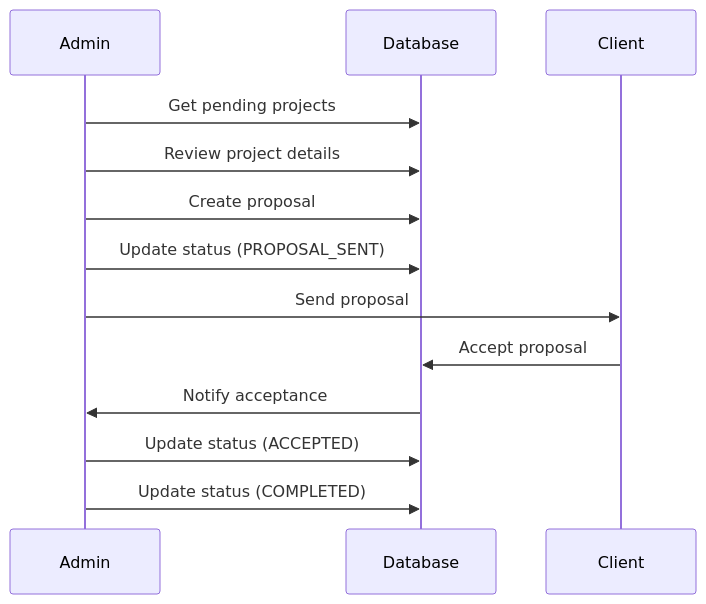
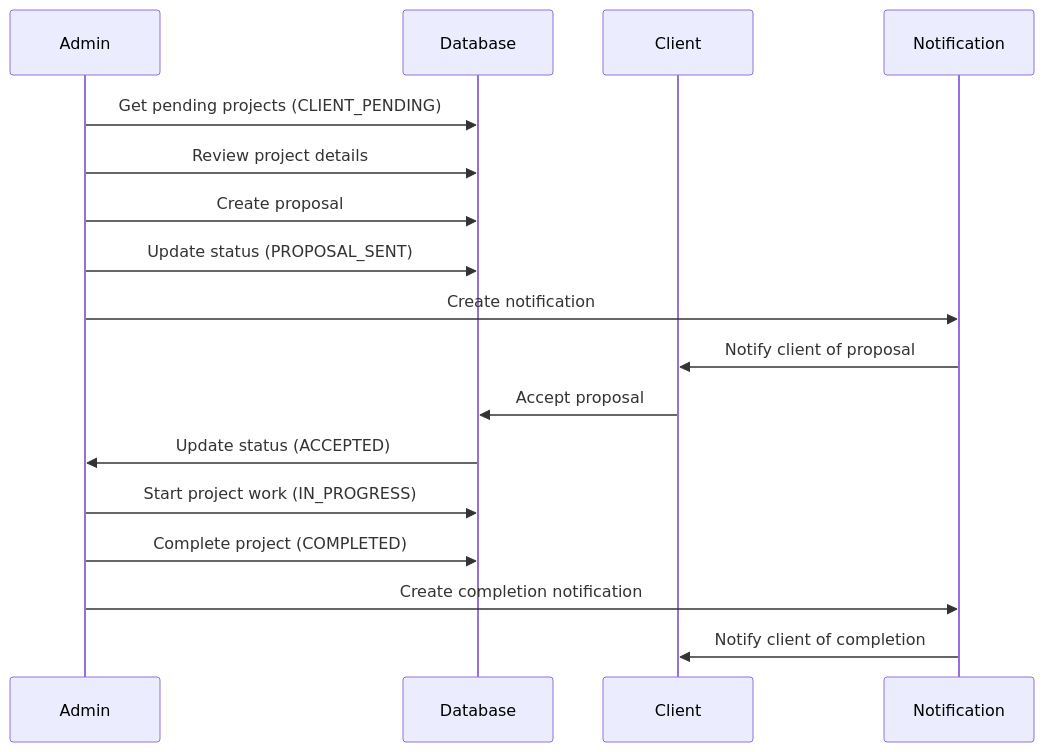
Before and after one commit to Justin322322/roofcal: diagram 11 of 11 in README.md, drawn with Mermaid. The commit also changed other lines of this file and 1 other file, not shown here.

````diff
--- a/README.md
+++ b/README.md
@@ -943,16 +1165,20 @@
 ```mermaid
 sequenceDiagram
     participant A as Admin
     participant DB as Database
     participant C as Client
+    participant N as Notification
 
-    A->>DB: Get pending projects
+    A->>DB: Get pending projects (CLIENT_PENDING)
     A->>DB: Review project details
     A->>DB: Create proposal
     A->>DB: Update status (PROPOSAL_SENT)
-    A->>C: Send proposal
+    A->>N: Create notification
+    N->>C: Notify client of proposal
     C->>DB: Accept proposal
-    DB->>A: Notify acceptance
-    A->>DB: Update status (ACCEPTED)
-    A->>DB: Update status (COMPLETED)
+    DB->>A: Update status (ACCEPTED)
+    A->>DB: Start project work (IN_PROGRESS)
+    A->>DB: Complete project (COMPLETED)
+    A->>N: Create completion notification
+    N->>C: Notify client of completion
 ```
````
